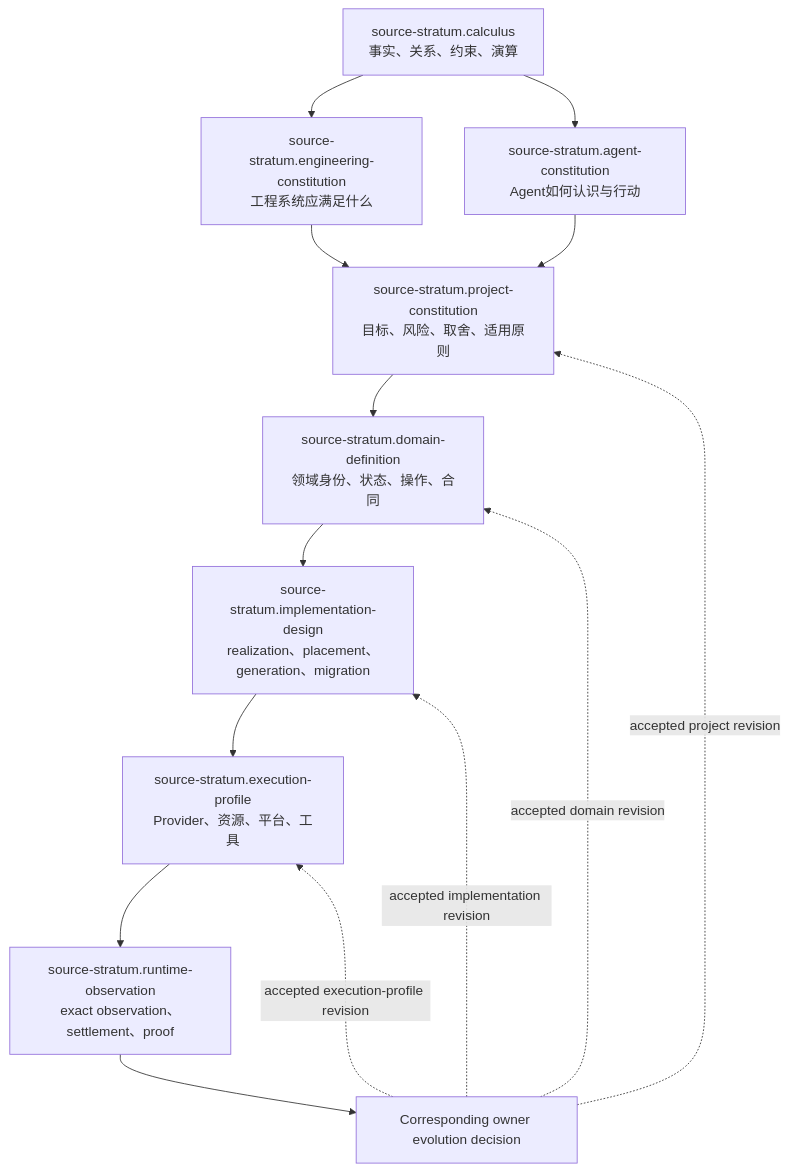
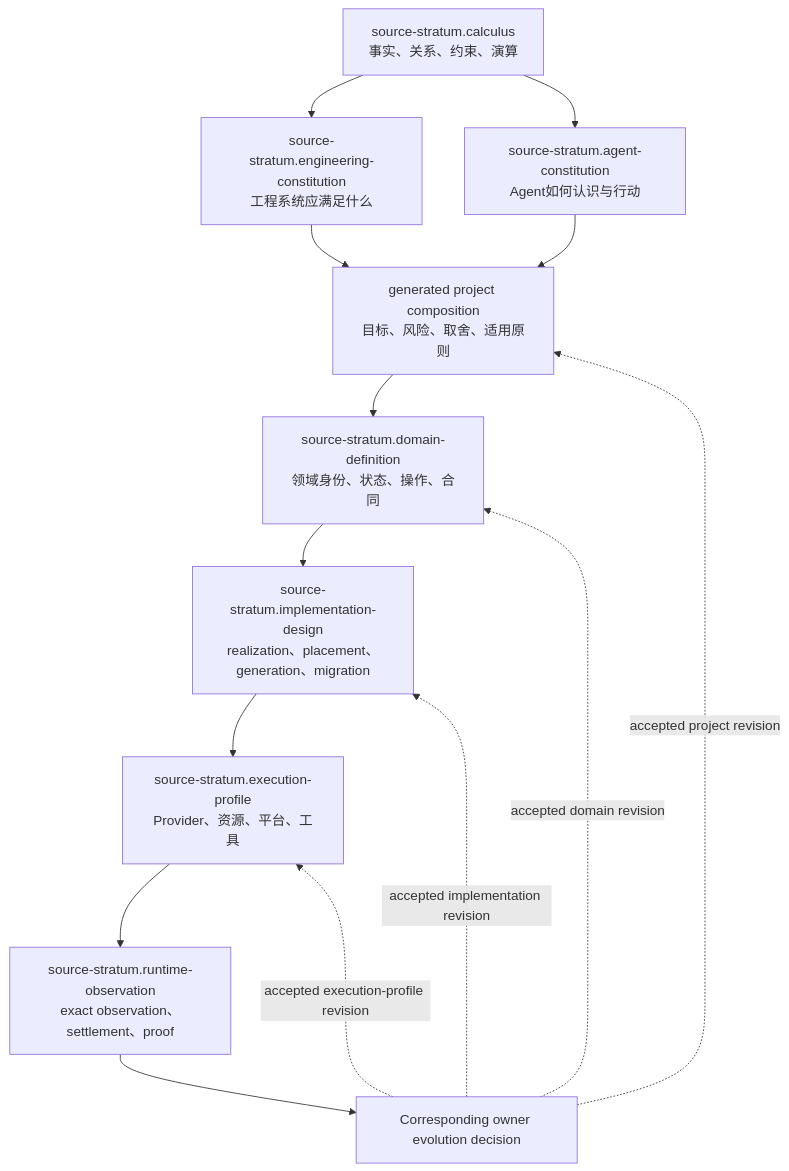
Before and after one commit to sec-platform/sec: the first of 4 diagrams in docs/design-calculus.md, drawn with Mermaid. The commit also changed other lines of this file, not shown here.

Commit message:
docs: make project constitution a generated composition

````diff
--- a/docs/design-calculus.md
+++ b/docs/design-calculus.md
@@ -13,24 +13,24 @@
 ```mermaid
 flowchart TB
   CALC["source-stratum.calculus<br/>事实、关系、约束、演算"]
   ENG["source-stratum.engineering-constitution<br/>工程系统应满足什么"]
   AGENT["source-stratum.agent-constitution<br/>Agent如何认识与行动"]
-  PROJECT["source-stratum.project-constitution<br/>目标、风险、取舍、适用原则"]
+  PROJECT["generated project composition<br/>目标、风险、取舍、适用原则"]
   DOMAIN["source-stratum.domain-definition<br/>领域身份、状态、操作、合同"]
   IMPL["source-stratum.implementation-design<br/>realization、placement、generation、migration"]
   EXEC["source-stratum.execution-profile<br/>Provider、资源、平台、工具"]
   RUNTIME["source-stratum.runtime-observation<br/>exact observation、settlement、proof"]
   CALC --> ENG
   CALC --> AGENT
   ENG --> PROJECT
   AGENT --> PROJECT
   PROJECT --> DOMAIN
   DOMAIN --> IMPL
   IMPL --> EXEC
   EXEC --> RUNTIME
   RUNTIME --> REVISE[Corresponding owner evolution decision]
   REVISE -. "accepted project revision" .-> PROJECT
   REVISE -. "accepted domain revision" .-> DOMAIN
   REVISE -. "accepted implementation revision" .-> IMPL
   REVISE -. "accepted execution-profile revision" .-> EXEC
 ```
````
